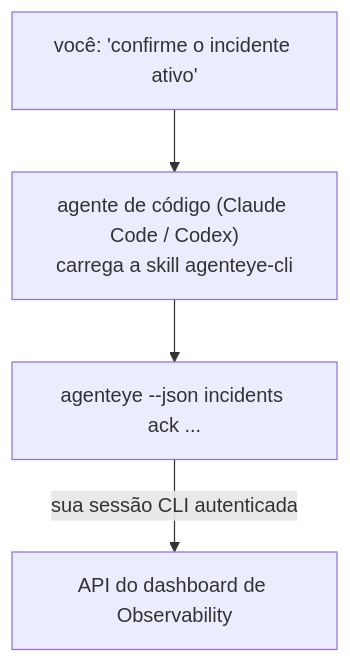
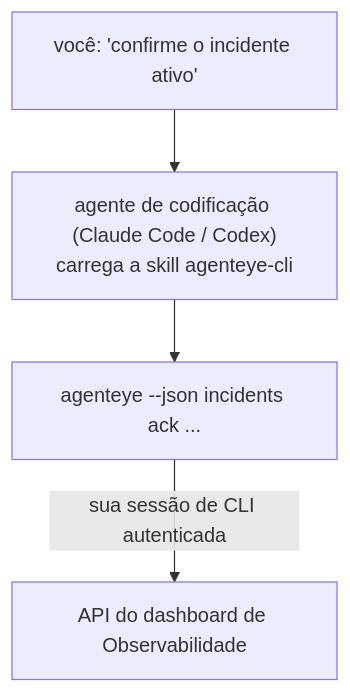
The diagram in docs/pt-br/agenteye/cli-skill.mdx (FailproofAI/failproofai), drawn with Mermaid before and after one commit. The commit also changed other lines of this file and 649 other files, not shown here.

````diff
--- a/docs/pt-br/agenteye/cli-skill.mdx
+++ b/docs/pt-br/agenteye/cli-skill.mdx
@@ -28,6 +28,6 @@
 ```mermaid
 flowchart TD
-    YOU["você: 'confirme o incidente ativo'"] --> AGENT["agente de código (Claude Code / Codex)<br/>carrega a skill agenteye-cli"]
+    YOU["você: 'confirme o incidente ativo'"] --> AGENT["agente de codificação (Claude Code / Codex)<br/>carrega a skill agenteye-cli"]
     AGENT --> CLI["agenteye --json incidents ack ..."]
-    CLI -->|sua sessão CLI autenticada| API["API do dashboard de Observability"]
+    CLI -->|sua sessão de CLI autenticada| API["API do dashboard de Observabilidade"]
 ```
````
